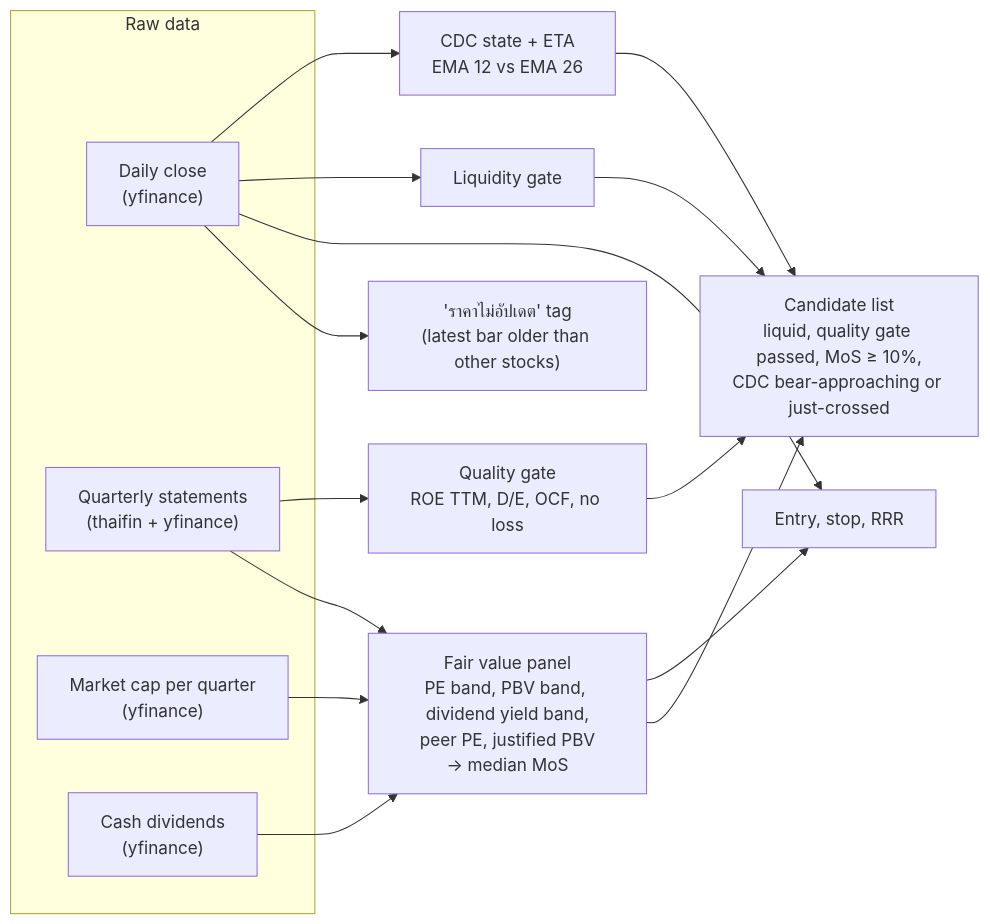
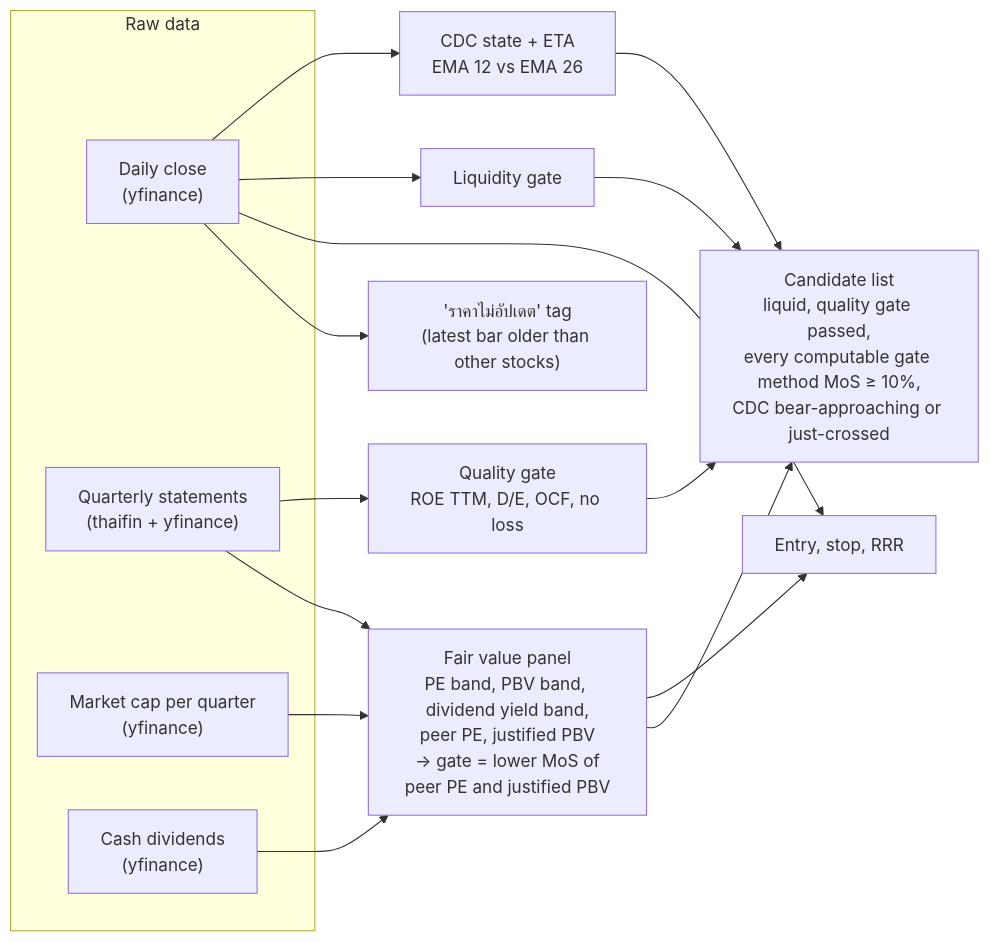
One commit to wichaisw/stock-thesis changed the third of 3 diagrams in docs/data-sources.md. Above: the diagram before and after it, drawn with Mermaid. The commit also changed 29 other files, not shown here.

First line of the commit message:
feat: gate candidates on peer PE and justified PBV

````diff
--- a/docs/data-sources.md
+++ b/docs/data-sources.md
@@ -63,21 +63,21 @@
 ```mermaid
 flowchart LR
     subgraph raw["Raw data"]
         P["Daily close<br/>(yfinance)"]
         Q["Quarterly statements<br/>(thaifin + yfinance)"]
         M["Market cap per quarter<br/>(yfinance)"]
         D["Cash dividends<br/>(yfinance)"]
     end
 
     P --> CDC["CDC state + ETA<br/>EMA 12 vs EMA 26"]
     P --> LIQ["Liquidity gate"]
     P --> RR["Entry, stop, RRR"]
     P --> STALE["'ราคาไม่อัปเดต' tag<br/>(latest bar older than other stocks)"]
     Q --> GATE["Quality gate<br/>ROE TTM, D/E, OCF, no loss"]
     Q --> FV
-    M --> FV["Fair value panel<br/>PE band, PBV band, dividend yield band,<br/>peer PE, justified PBV<br/>→ median MoS"]
+    M --> FV["Fair value panel<br/>PE band, PBV band, dividend yield band,<br/>peer PE, justified PBV<br/>→ gate = lower MoS of<br/>peer PE and justified PBV"]
     D --> FV
     FV --> RR
 
-    LIQ & GATE & FV & CDC --> LIST["Candidate list<br/>liquid, quality gate passed, MoS ≥ 10%,<br/>CDC bear-approaching or just-crossed"]
+    LIQ & GATE & FV & CDC --> LIST["Candidate list<br/>liquid, quality gate passed,<br/>every computable gate method MoS ≥ 10%,<br/>CDC bear-approaching or just-crossed"]
 ```
````
